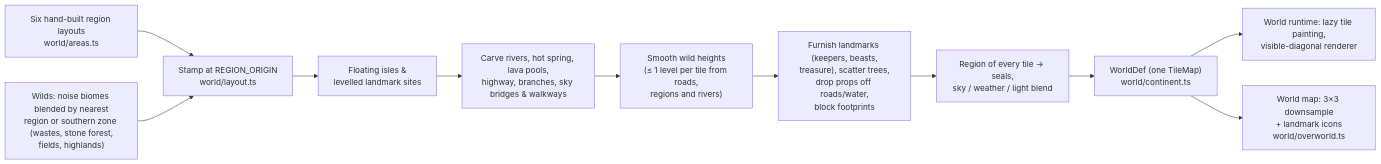
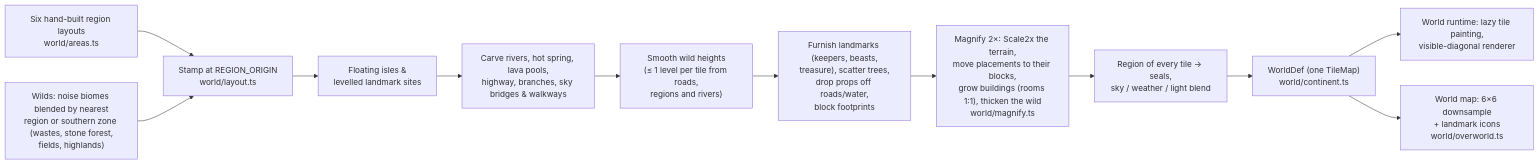
Before and after one commit to jgyy/pixelop: the eighth of 14 diagrams in README.md, drawn with Mermaid. The commit also changed other lines of this file and 80 other files, not shown here.

````diff
--- a/README.md
+++ b/README.md
@@ -260,13 +315,14 @@
 ```mermaid
 flowchart LR
   A["Six hand-built region layouts<br/>world/areas.ts"] --> S["Stamp at REGION_ORIGIN<br/>world/layout.ts"]
   N["Wilds: noise biomes blended by nearest<br/>region or southern zone (wastes, stone forest,<br/>fields, highlands)"] --> S
   S --> I["Floating isles &<br/>levelled landmark sites"]
   I --> C["Carve rivers, hot spring, lava pools,<br/>highway, branches, sky bridges & walkways"]
   C --> L["Smooth wild heights<br/>(≤ 1 level per tile from roads,<br/>regions and rivers)"]
   L --> P["Furnish landmarks (keepers, beasts,<br/>treasure), scatter trees,<br/>drop props off roads/water,<br/>block footprints"]
-  P --> R["Region of every tile → seals,<br/>sky / weather / light blend"]
+  P --> X["Magnify 2×: Scale2x the terrain,<br/>move placements to their blocks,<br/>grow buildings (rooms 1:1), thicken the wild<br/>world/magnify.ts"]
+  X --> R["Region of every tile → seals,<br/>sky / weather / light blend"]
   R --> W["WorldDef (one TileMap)<br/>world/continent.ts"]
   W --> RT["World runtime: lazy tile painting,<br/>visible-diagonal renderer"]
-  W --> M["World map: 3×3 downsample<br/>+ landmark icons<br/>world/overworld.ts"]
+  W --> M["World map: 6×6 downsample<br/>+ landmark icons<br/>world/overworld.ts"]
 ```
````
